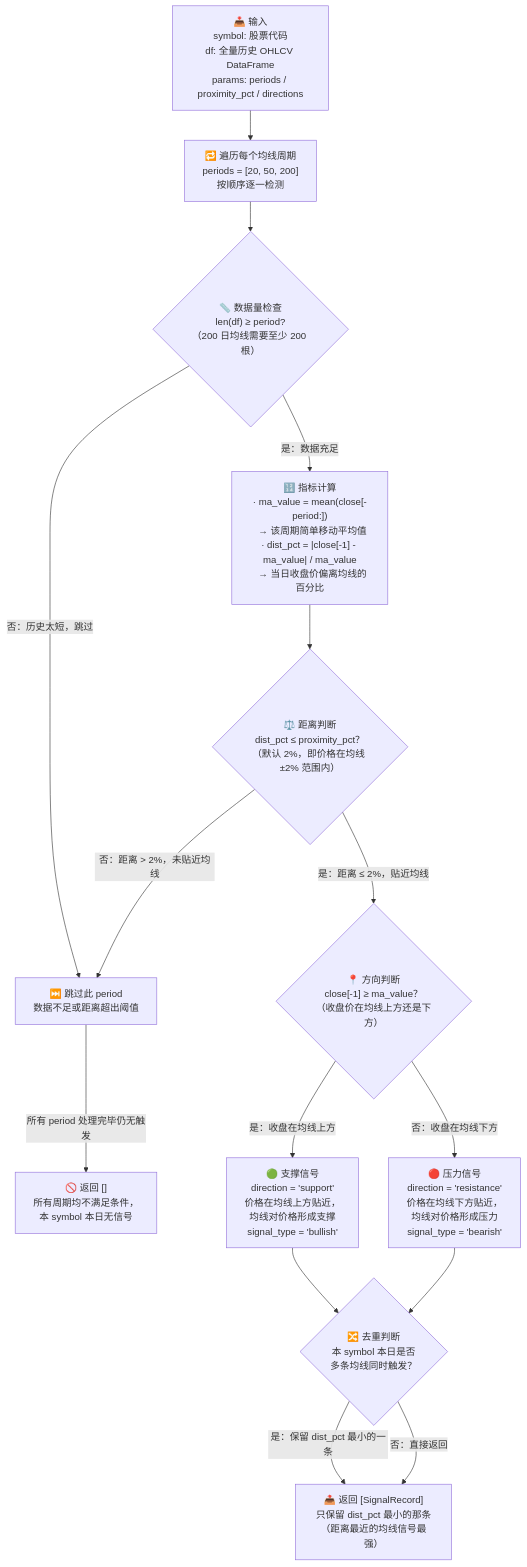
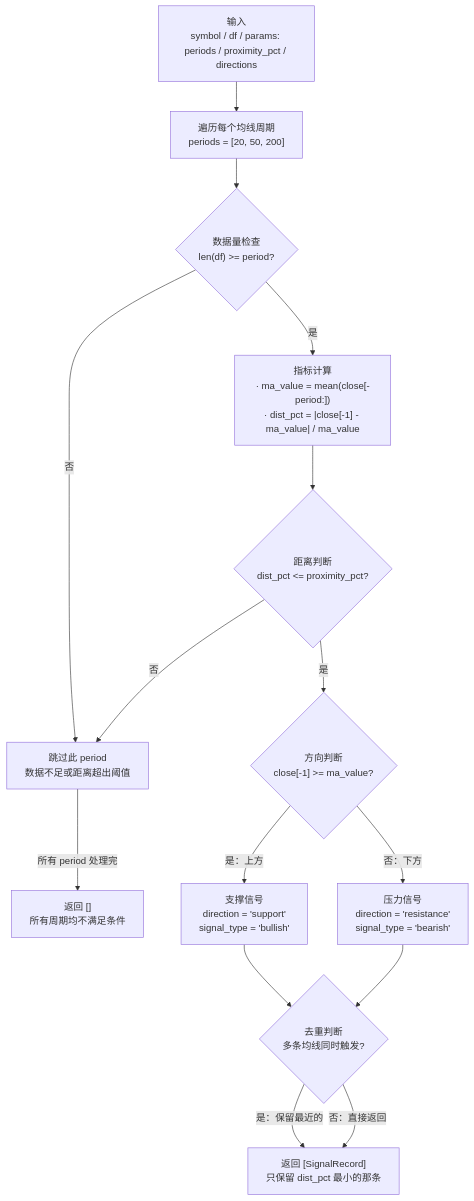
One commit to mason334/market_analysis changed the fourth of 8 diagrams in README.md. Above: the diagram before and after it, drawn with Mermaid. The commit also changed other lines of this file and 35 other files, not shown here.

````diff
--- a/README.md
+++ b/README.md
@@ -236,30 +422,30 @@
 ```mermaid
 flowchart TD
-    IN["📥 输入\nsymbol: 股票代码\ndf: 全量历史 OHLCV DataFrame\nparams: periods / proximity_pct / directions"]
-    LOOP["🔁 遍历每个均线周期\nperiods = [20, 50, 200]\n按顺序逐一检测"]
-    CHK1{"📏 数据量检查\nlen(df) ≥ period?\n（200 日均线需要至少 200 根）"}
-    CALC["🔢 指标计算\n· ma_value = mean(close[-period:])\n  → 该周期简单移动平均值\n· dist_pct = |close[-1] - ma_value| / ma_value\n  → 当日收盘价偏离均线的百分比"]
-    CHK2{"⚖️ 距离判断\ndist_pct ≤ proximity_pct？\n（默认 2%，即价格在均线 ±2% 范围内）"}
-    DIR{"📍 方向判断\nclose[-1] ≥ ma_value？\n（收盘价在均线上方还是下方）"}
-    SUP["🟢 支撑信号\ndirection = 'support'\n价格在均线上方贴近，\n均线对价格形成支撑\nsignal_type = 'bullish'"]
-    RES["🔴 压力信号\ndirection = 'resistance'\n价格在均线下方贴近，\n均线对价格形成压力\nsignal_type = 'bearish'"]
-    MULTI{"🔀 去重判断\n本 symbol 本日是否\n多条均线同时触发？"}
-    OUT["📤 返回 [SignalRecord]\n只保留 dist_pct 最小的那条\n（距离最近的均线信号最强）"]
-    SKIP["⏭️ 跳过此 period\n数据不足或距离超出阈值"]
-    EMPTY["🚫 返回 []\n所有周期均不满足条件，\n本 symbol 本日无信号"]
+    IN["输入\nsymbol / df / params: periods / proximity_pct / directions"]
+    LOOP["遍历每个均线周期\nperiods = [20, 50, 200]"]
+    CHK1{"数据量检查\nlen(df) >= period?"}
+    CALC["指标计算\n· ma_value = mean(close[-period:])\n· dist_pct = |close[-1] - ma_value| / ma_value"]
+    CHK2{"距离判断\ndist_pct <= proximity_pct?"}
+    DIR{"方向判断\nclose[-1] >= ma_value?"}
+    SUP["支撑信号\ndirection = 'support'\nsignal_type = 'bullish'"]
+    RES["压力信号\ndirection = 'resistance'\nsignal_type = 'bearish'"]
+    MULTI{"去重判断\n多条均线同时触发?"}
+    OUT["返回 [SignalRecord]\n只保留 dist_pct 最小的那条"]
+    SKIP["跳过此 period\n数据不足或距离超出阈值"]
+    EMPTY["返回 []\n所有周期均不满足条件"]
 
     IN --> LOOP
     LOOP --> CHK1
-    CHK1 -->|"否：历史太短，跳过"| SKIP
-    CHK1 -->|"是：数据充足"| CALC
+    CHK1 -->|"否"| SKIP
+    CHK1 -->|"是"| CALC
     CALC --> CHK2
-    CHK2 -->|"否：距离 > 2%，未贴近均线"| SKIP
-    CHK2 -->|"是：距离 ≤ 2%，贴近均线"| DIR
-    DIR -->|"是：收盘在均线上方"| SUP
-    DIR -->|"否：收盘在均线下方"| RES
+    CHK2 -->|"否"| SKIP
+    CHK2 -->|"是"| DIR
+    DIR -->|"是：上方"| SUP
+    DIR -->|"否：下方"| RES
     SUP --> MULTI
     RES --> MULTI
-    MULTI -->|"是：保留 dist_pct 最小的一条"| OUT
+    MULTI -->|"是：保留最近的"| OUT
     MULTI -->|"否：直接返回"| OUT
-    SKIP -->|"所有 period 处理完毕仍无触发"| EMPTY
+    SKIP -->|"所有 period 处理完"| EMPTY
 ```
````
